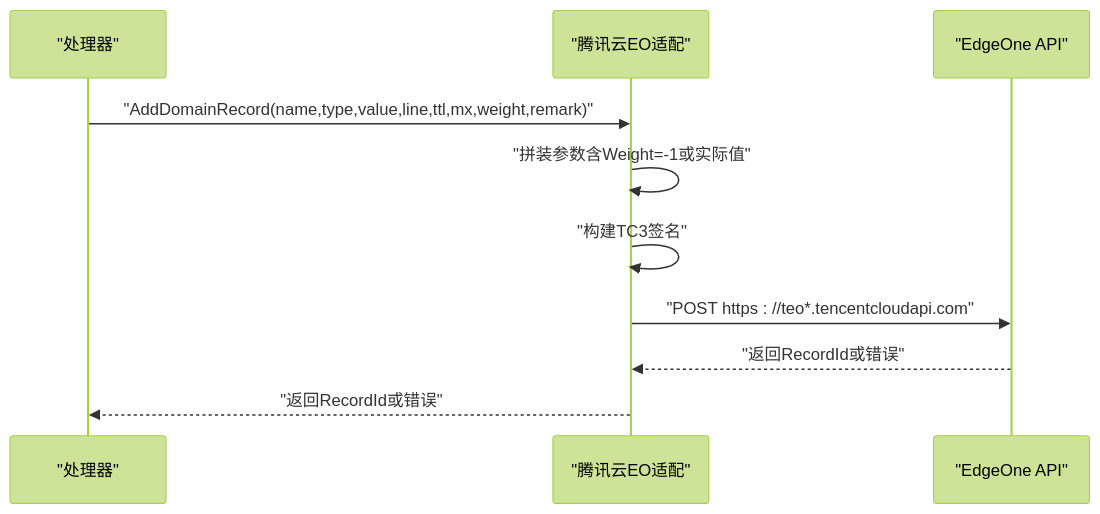
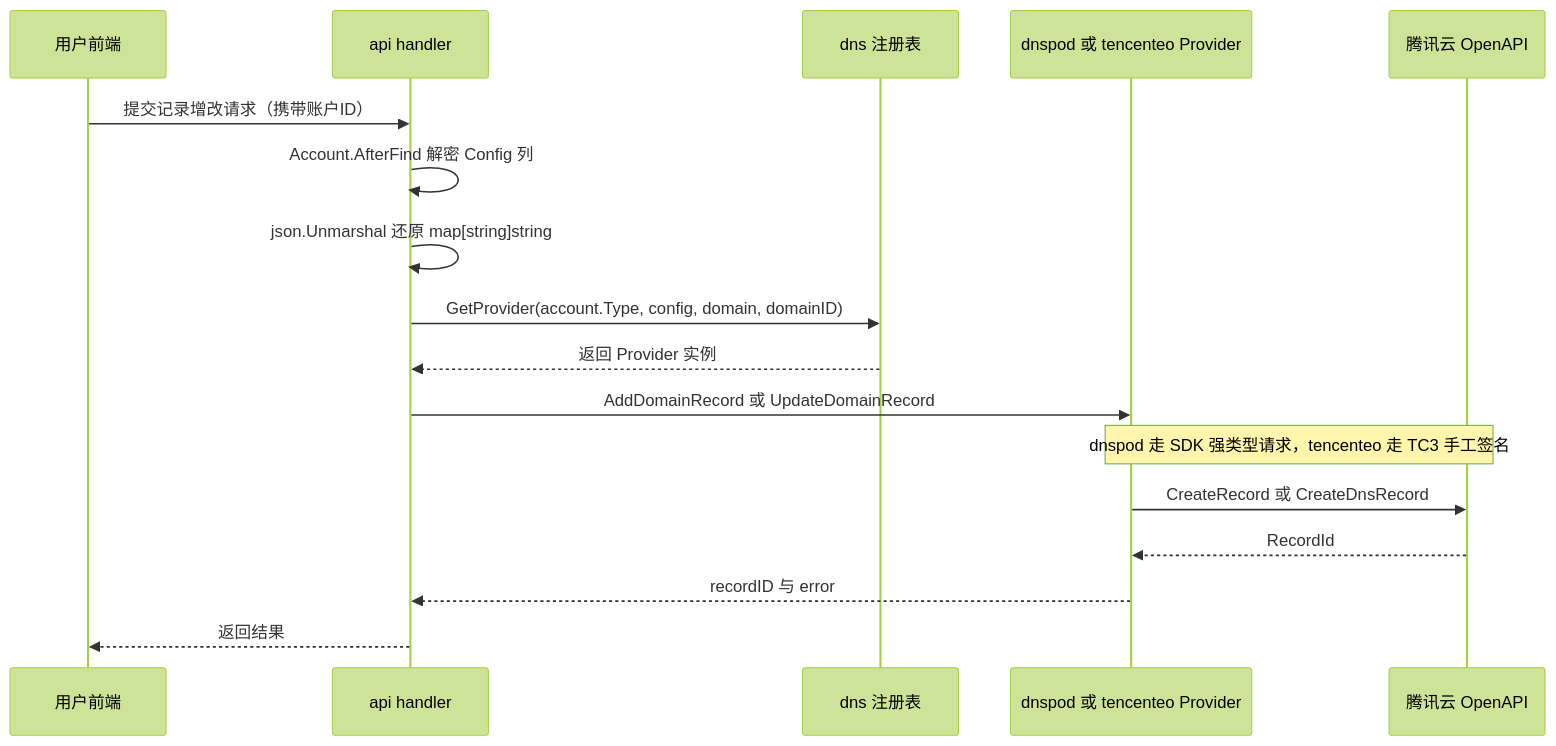
The third of 7 diagrams in docs/DNS管理功能/支持的DNS服务商/腾讯云DNS.md (x01n/dnsplane), drawn with Mermaid (forest theme) before and after one commit. The commit also changed other lines of this file and 326 other files, not shown here.

````diff
--- a/docs/DNS管理功能/支持的DNS服务商/腾讯云DNS.md
+++ b/docs/DNS管理功能/支持的DNS服务商/腾讯云DNS.md
@@ -152,12 +152,20 @@
 ```mermaid
 sequenceDiagram
-participant Handler as "处理器"
-participant Provider as "腾讯云EO适配"
-participant API as "EdgeOne API"
-Handler->>Provider : "AddDomainRecord(name,type,value,line,ttl,mx,weight,remark)"
-Provider->>Provider : "拼装参数含Weight=-1或实际值"
-Provider->>Provider : "构建TC3签名"
-Provider->>API : "POST https : //teo*.tencentcloudapi.com"
-API-->>Provider : "返回RecordId或错误"
-Provider-->>Handler : "返回RecordId或错误"
+    participant U as 用户前端
+    participant API as api handler
+    participant REG as dns 注册表
+    participant P as dnspod 或 tencenteo Provider
+    participant TC as 腾讯云 OpenAPI
+
+    U->>API: 提交记录增改请求（携带账户ID）
+    API->>API: Account.AfterFind 解密 Config 列
+    API->>API: json.Unmarshal 还原 map[string]string
+    API->>REG: GetProvider(account.Type, config, domain, domainID)
+    REG-->>API: 返回 Provider 实例
+    API->>P: AddDomainRecord 或 UpdateDomainRecord
+    Note over P,TC: dnspod 走 SDK 强类型请求，tencenteo 走 TC3 手工签名
+    P->>TC: CreateRecord 或 CreateDnsRecord
+    TC-->>P: RecordId
+    P-->>API: recordID 与 error
+    API-->>U: 返回结果
 ```
````
